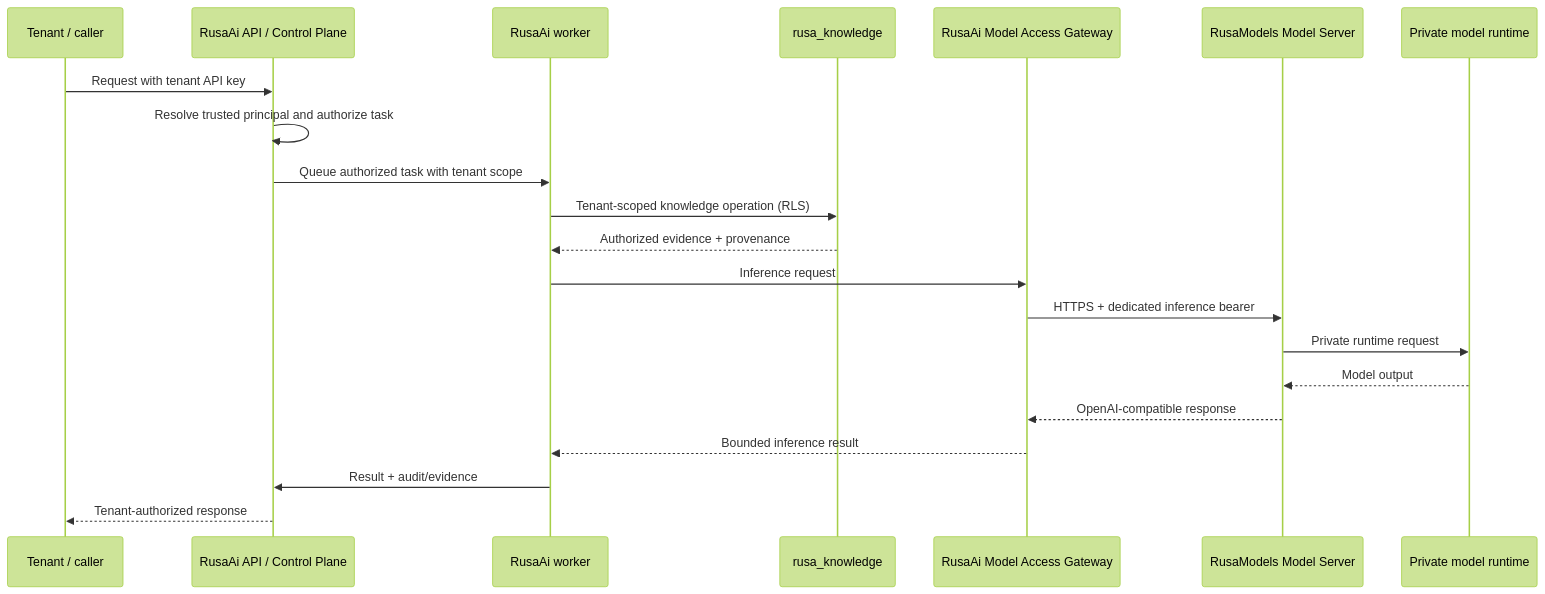
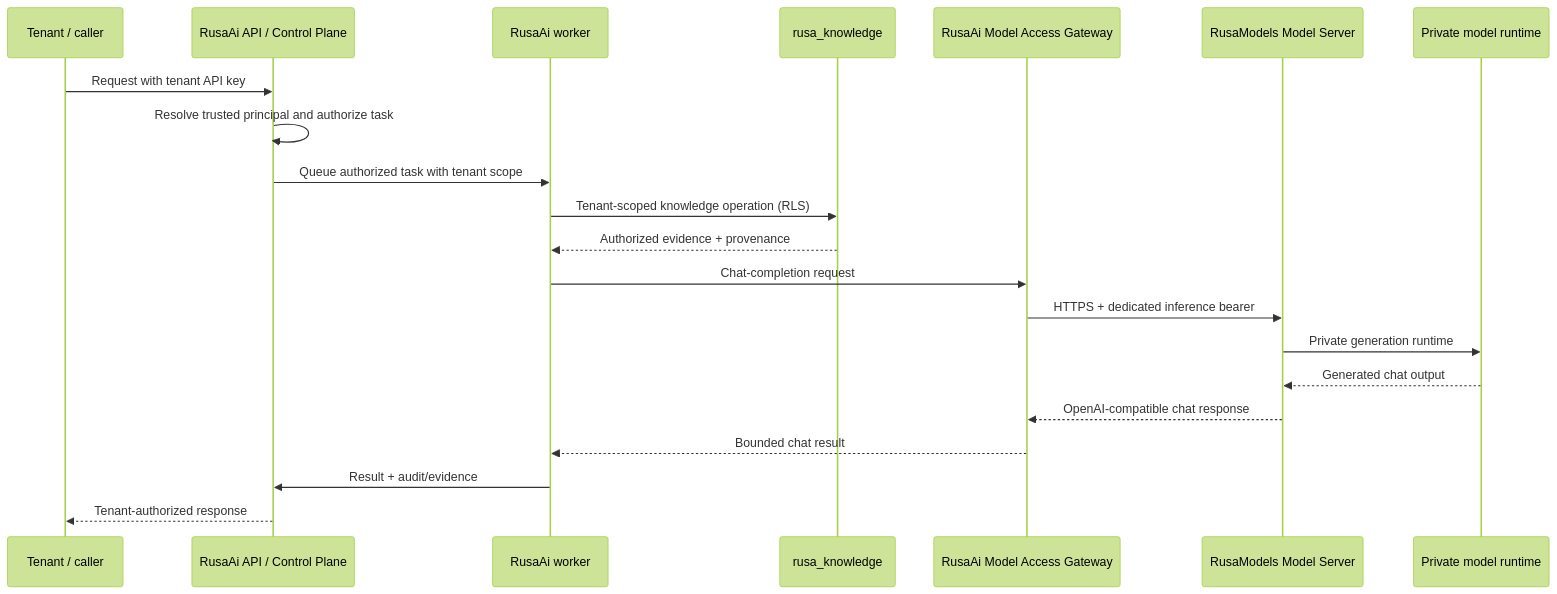
The second of 4 diagrams in docs/RUSA_AI_ECOSYSTEM_ARCHITECTURE_RECONCILIATION_v1.0.md (StrategyG/RAG_Cerdas), drawn with Mermaid (forest theme) before and after one commit.

Commit message:
docs(architecture): label gateway flow as chat completion

````diff
--- a/docs/RUSA_AI_ECOSYSTEM_ARCHITECTURE_RECONCILIATION_v1.0.md
+++ b/docs/RUSA_AI_ECOSYSTEM_ARCHITECTURE_RECONCILIATION_v1.0.md
@@ -73,24 +73,24 @@
 ```mermaid
 sequenceDiagram
   participant T as Tenant / caller
   participant A as RusaAi API / Control Plane
   participant W as RusaAi worker
   participant K as rusa_knowledge
   participant G as RusaAi Model Access Gateway
   participant M as RusaModels Model Server
   participant R as Private model runtime
 
   T->>A: Request with tenant API key
   A->>A: Resolve trusted principal and authorize task
   A->>W: Queue authorized task with tenant scope
   W->>K: Tenant-scoped knowledge operation (RLS)
   K-->>W: Authorized evidence + provenance
-  W->>G: Inference request
+  W->>G: Chat-completion request
   G->>M: HTTPS + dedicated inference bearer
-  M->>R: Private runtime request
-  R-->>M: Model output
-  M-->>G: OpenAI-compatible response
-  G-->>W: Bounded inference result
+  M->>R: Private generation runtime
+  R-->>M: Generated chat output
+  M-->>G: OpenAI-compatible chat response
+  G-->>W: Bounded chat result
   W->>A: Result + audit/evidence
   A-->>T: Tenant-authorized response
 ```
````
